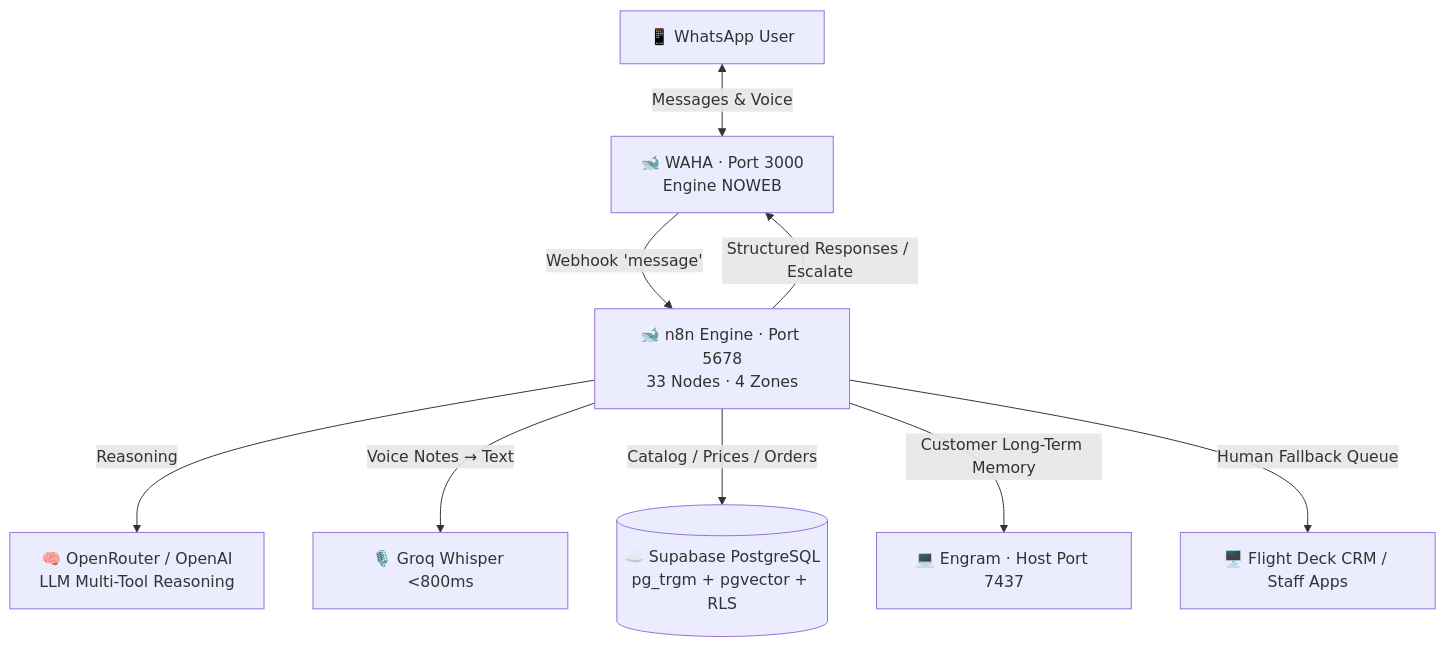
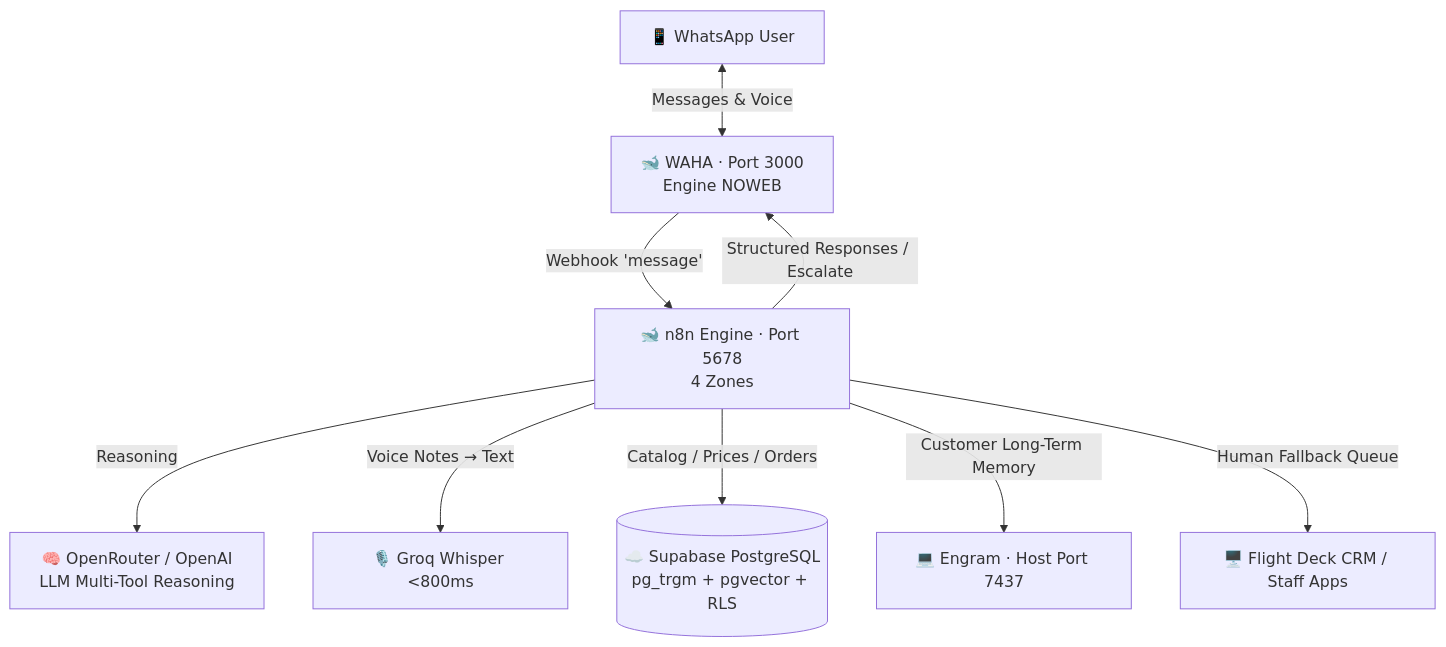
One commit to Gus2708/whatsapp-agent changed the first of 3 diagrams in README.md. Above: the diagram before and after it, drawn with Mermaid. The commit also changed other lines of this file and 2 other files, not shown here.

````diff
--- a/README.md
+++ b/README.md
@@ -36,11 +36,11 @@
 ```mermaid
 graph TD
     Client["📱 WhatsApp User"] <-->|"Messages & Voice"| WAHA["🐋 WAHA · Port 3000<br/>Engine NOWEB"]
-    WAHA -->|"Webhook 'message'"| N8N["🐋 n8n Engine · Port 5678<br/>33 Nodes · 4 Zones"]
+    WAHA -->|"Webhook 'message'"| N8N["🐋 n8n Engine · Port 5678<br/>4 Zones"]
     N8N -->|"Reasoning"| Model["🧠 OpenRouter / OpenAI<br/>LLM Multi-Tool Reasoning"]
     N8N -->|"Voice Notes → Text"| Groq["🎙️ Groq Whisper <800ms"]
     N8N -->|"Catalog / Prices / Orders"| Supabase[("☁️ Supabase PostgreSQL<br/>pg_trgm + pgvector + RLS")]
     N8N -->|"Customer Long-Term Memory"| Engram["💻 Engram · Host Port 7437"]
     N8N -->|"Structured Responses / Escalate"| WAHA
     N8N -->|"Human Fallback Queue"| FlightDeck["🖥️ Flight Deck CRM / Staff Apps"]
 ```
````
